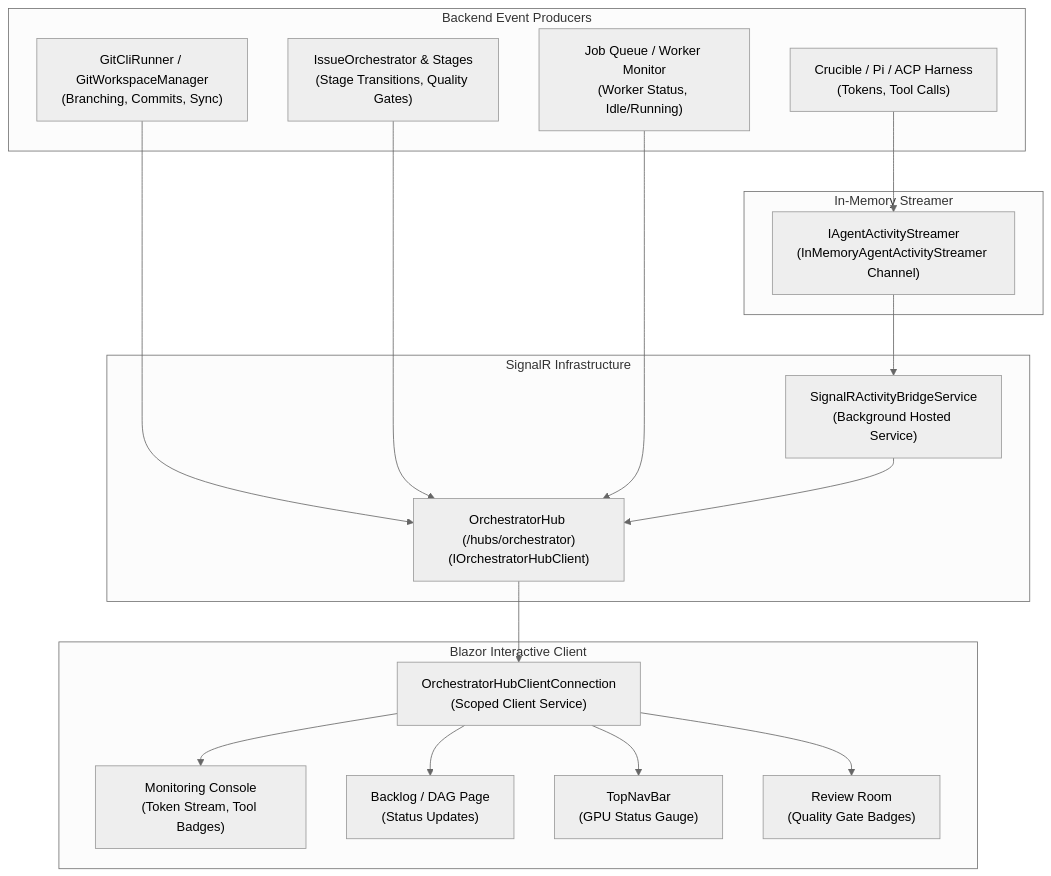
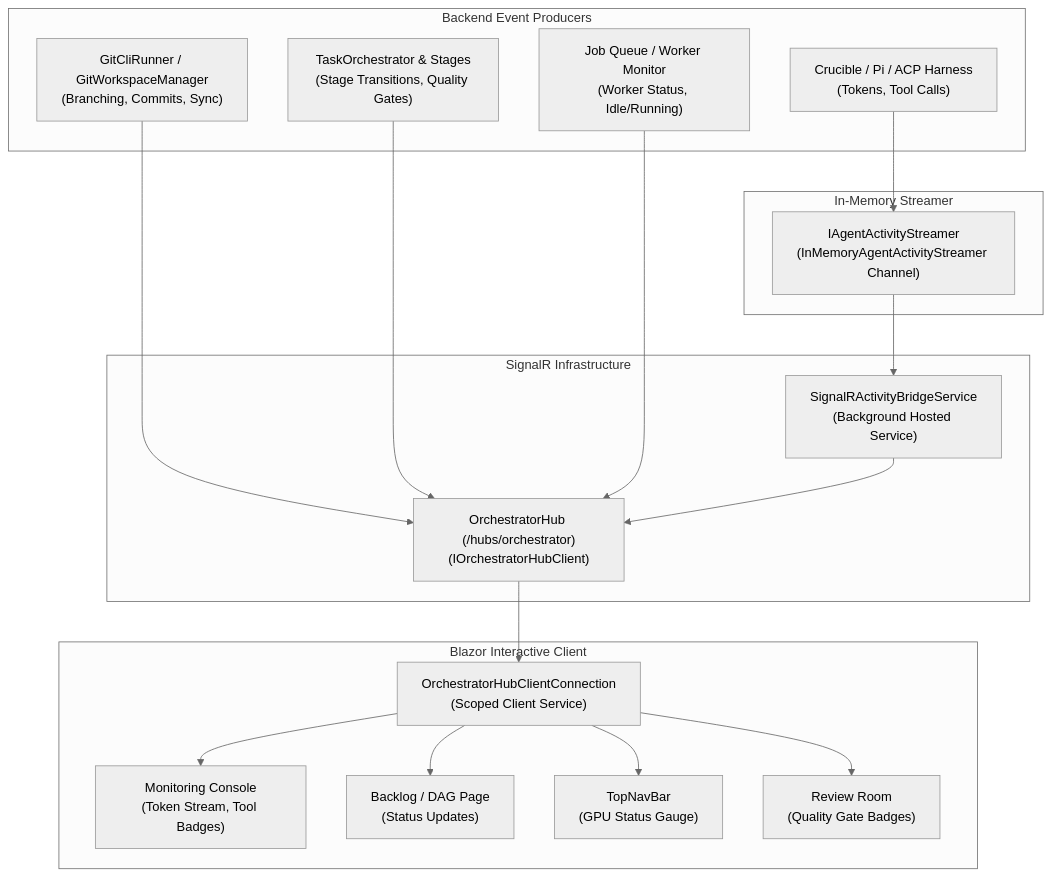
One commit to jetelain/NightCodeForge changed the diagram in docs/plan/phase-5/STEP_5_2_SIGNALR_TELEMETRY_INFRASTRUCTURE.md. Above: the diagram before and after it, drawn with Mermaid (neutral theme). The commit also changed other lines of this file and 151 other files, not shown here.

Commit message:
Issue -> Task

````diff
--- a/docs/plan/phase-5/STEP_5_2_SIGNALR_TELEMETRY_INFRASTRUCTURE.md
+++ b/docs/plan/phase-5/STEP_5_2_SIGNALR_TELEMETRY_INFRASTRUCTURE.md
@@ -23,38 +23,38 @@
 ```mermaid
 flowchart TD
     subgraph Producers ["Backend Event Producers"]
         AgentHarness["Crucible / Pi / ACP Harness\n(Tokens, Tool Calls)"]
         GitRunner["GitCliRunner / GitWorkspaceManager\n(Branching, Commits, Sync)"]
-        Workflow["IssueOrchestrator & Stages\n(Stage Transitions, Quality Gates)"]
+        Workflow["TaskOrchestrator & Stages\n(Stage Transitions, Quality Gates)"]
         Hangfire["Job Queue / Worker Monitor\n(Worker Status, Idle/Running)"]
     end
 
     subgraph CoreStreamer ["In-Memory Streamer"]
         ActivityStreamer["IAgentActivityStreamer\n(InMemoryAgentActivityStreamer Channel)"]
     end
 
     subgraph HubLayer ["SignalR Infrastructure"]
         Bridge["SignalRActivityBridgeService\n(Background Hosted Service)"]
         Hub["OrchestratorHub (/hubs/orchestrator)\n(IOrchestratorHubClient)"]
     end
 
     subgraph ClientLayer ["Blazor Interactive Client"]
         ClientConn["OrchestratorHubClientConnection\n(Scoped Client Service)"]
         MonitoringView["Monitoring Console\n(Token Stream, Tool Badges)"]
         BacklogView["Backlog / DAG Page\n(Status Updates)"]
         TopNavView["TopNavBar\n(GPU Status Gauge)"]
         ReviewView["Review Room\n(Quality Gate Badges)"]
     end
 
     AgentHarness --> ActivityStreamer
     GitRunner --> Hub
     Workflow --> Hub
     Hangfire --> Hub
     ActivityStreamer --> Bridge
     Bridge --> Hub
     Hub --> ClientConn
     ClientConn --> MonitoringView
     ClientConn --> BacklogView
     ClientConn --> TopNavView
     ClientConn --> ReviewView
 ```
````
